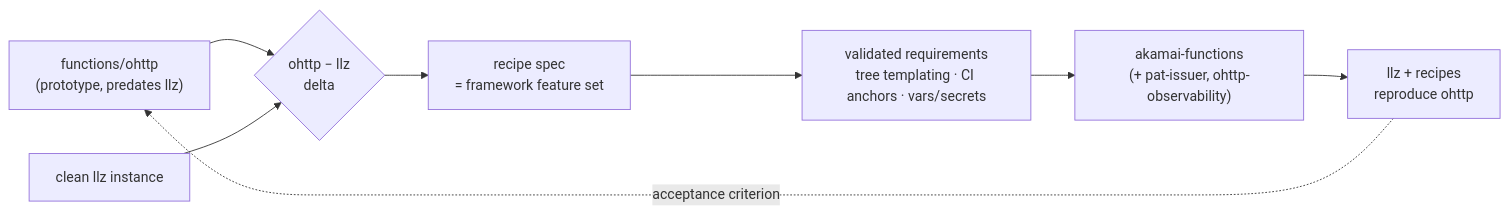
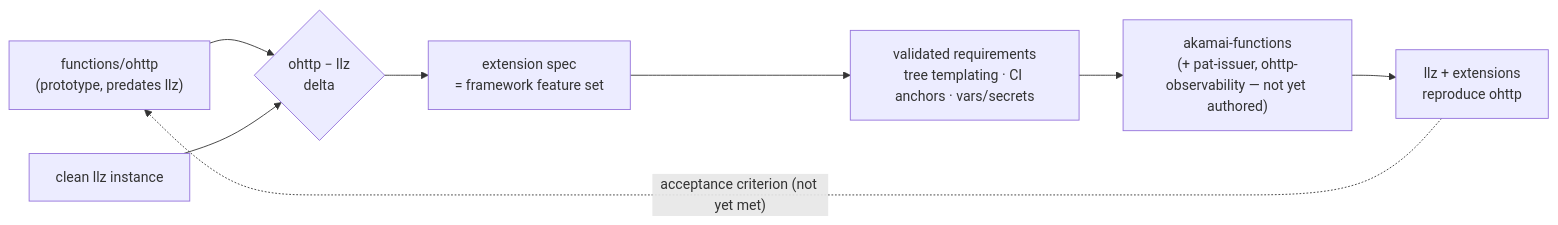
One commit to akamai-consulting/lke-landing-zone changed the fourth of 14 diagrams in docs/architecture/recipes.md. Above: the diagram before and after it, drawn with Mermaid. The commit also changed other lines of this file and 21 other files, not shown here.

First line of the commit message:
feat(llz): explicit stage: universal for cross-cutting extensions (schema v3)

````diff
--- a/docs/architecture/recipes.md
+++ b/docs/architecture/recipes.md
@@ -244,12 +294,12 @@
 ```mermaid
 flowchart LR
   ohttp["functions/ohttp<br/>(prototype, predates llz)"]
   base["clean llz instance"]
   ohttp --> delta{"ohttp − llz<br/>delta"}
   base --> delta
-  delta --> spec["recipe spec<br/>= framework feature set"]
+  delta --> spec["extension spec<br/>= framework feature set"]
   spec --> reqs["validated requirements<br/>tree templating · CI anchors · vars/secrets"]
-  reqs --> recipes["akamai-functions<br/>(+ pat-issuer, ohttp-observability)"]
-  recipes --> rebuild["llz + recipes<br/>reproduce ohttp"]
-  rebuild -. "acceptance criterion" .-> ohttp
+  reqs --> exts["akamai-functions<br/>(+ pat-issuer, ohttp-observability — not yet authored)"]
+  exts --> rebuild["llz + extensions<br/>reproduce ohttp"]
+  rebuild -. "acceptance criterion (not yet met)" .-> ohttp
 ```
````
